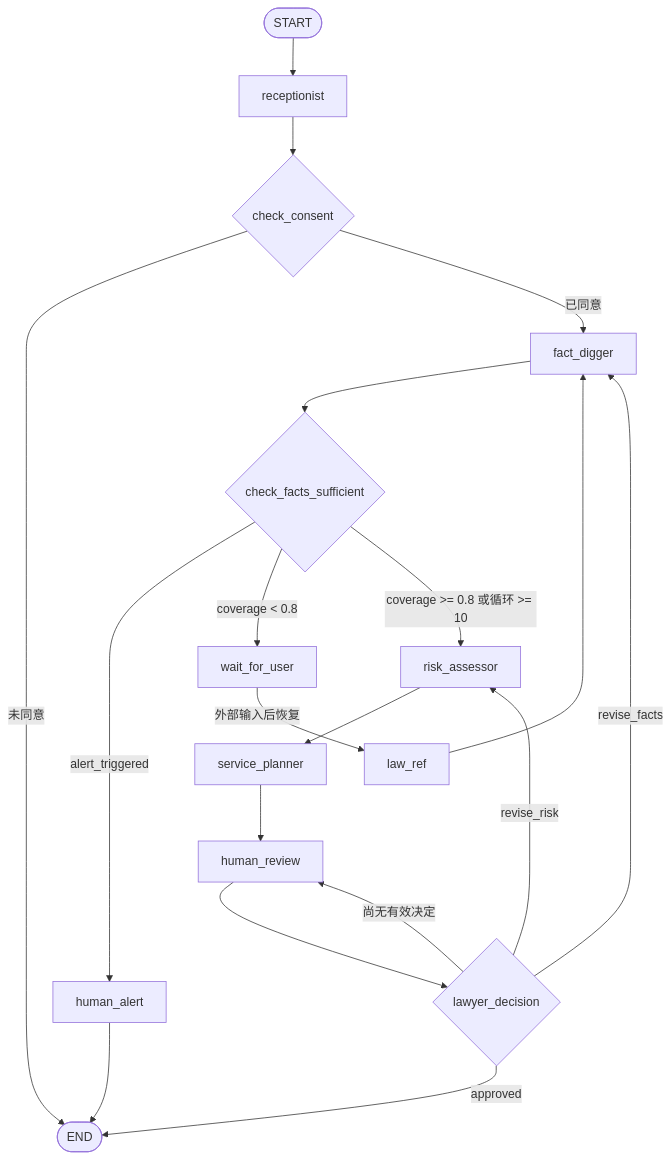
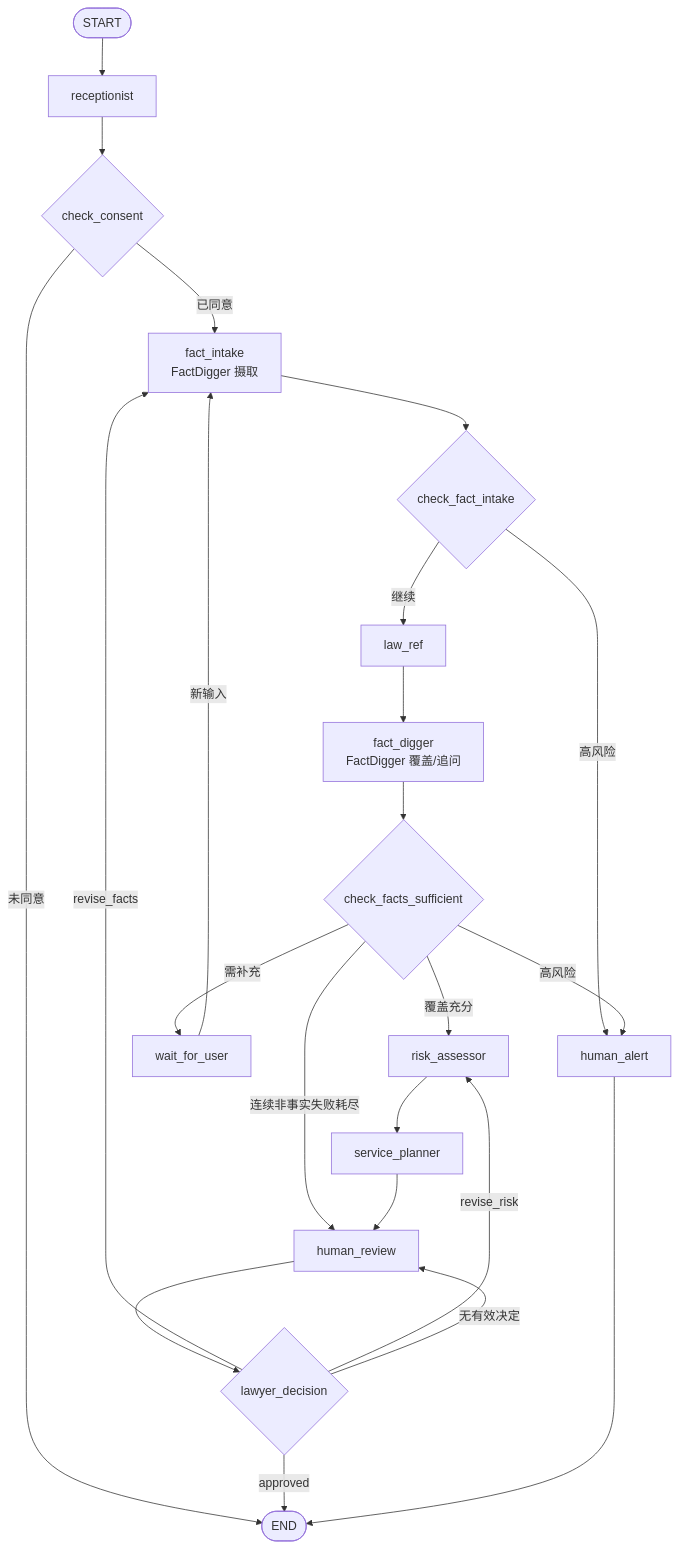
The diagram in README.md (pyrojewel14/Multi-Agent-Criminal-Defense-Initial-Consultation-System), drawn with Mermaid before and after one commit. The commit also changed other lines of this file and 25 other files, not shown here.

````diff
--- a/README.md
+++ b/README.md
@@ -61,23 +18,28 @@
 ```mermaid
 flowchart TD
-    Start(["START"]) --> Receptionist["receptionist"]
-    Receptionist --> Consent{"check_consent"}
-    Consent -->|"未同意"| End(["END"])
-    Consent -->|"已同意"| FactDigger["fact_digger"]
+    Start([START]) --> Receptionist[receptionist]
+    Receptionist --> Consent{check_consent}
+    Consent -->|未同意| End([END])
+    Consent -->|已同意| FactIntake[fact_intake\nFactDigger 摄取]
 
-    FactDigger --> Facts{"check_facts_sufficient"}
-    Facts -->|"alert_triggered"| HumanAlert["human_alert"]
+    FactIntake --> IntakeRoute{check_fact_intake}
+    IntakeRoute -->|高风险| HumanAlert[human_alert]
+    IntakeRoute -->|继续| LawRef[law_ref]
+    LawRef --> FactDigger[fact_digger\nFactDigger 覆盖/追问]
+
+    FactDigger --> Facts{check_facts_sufficient}
+    Facts -->|覆盖充分| RiskAssessor[risk_assessor]
+    Facts -->|需补充| WaitForUser[wait_for_user]
+    WaitForUser -->|新输入| FactIntake
+    Facts -->|连续非事实失败耗尽| HumanReview[human_review]
+    Facts -->|高风险| HumanAlert
+
+    RiskAssessor --> ServicePlanner[service_planner]
+    ServicePlanner --> HumanReview
+    HumanReview --> Review{lawyer_decision}
+    Review -->|approved| End
+    Review -->|revise_facts| FactIntake
+    Review -->|revise_risk| RiskAssessor
+    Review -->|无有效决定| HumanReview
     HumanAlert --> End
-    Facts -->|"coverage < 0.8"| WaitForUser["wait_for_user"]
-    WaitForUser -->|"外部输入后恢复"| LawRef["law_ref"]
-    LawRef --> FactDigger
-    Facts -->|"coverage >= 0.8 或循环 >= 10"| RiskAssessor["risk_assessor"]
-    RiskAssessor --> ServicePlanner["service_planner"]
-    ServicePlanner --> HumanReview["human_review"]
-
-    HumanReview --> Decision{"lawyer_decision"}
-    Decision -->|"approved"| End
-    Decision -->|"revise_facts"| FactDigger
-    Decision -->|"revise_risk"| RiskAssessor
-    Decision -->|"尚无有效决定"| HumanReview
 ```
````
